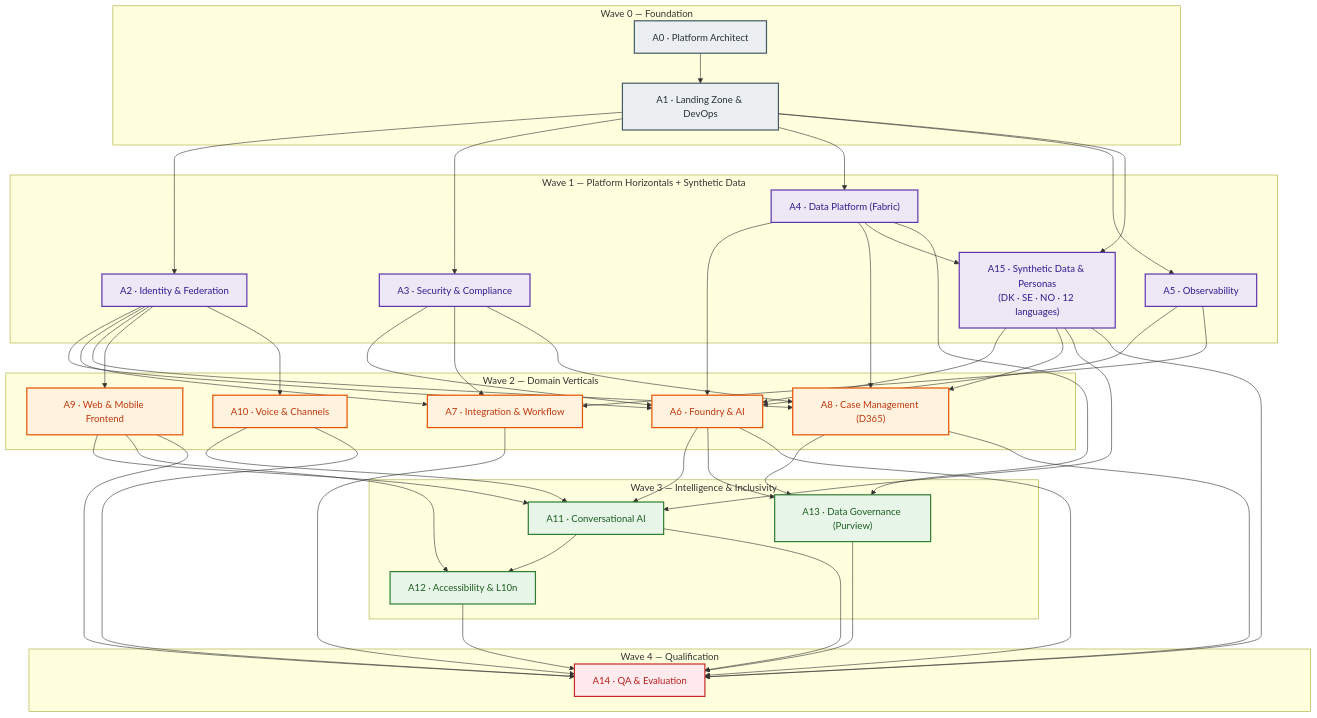
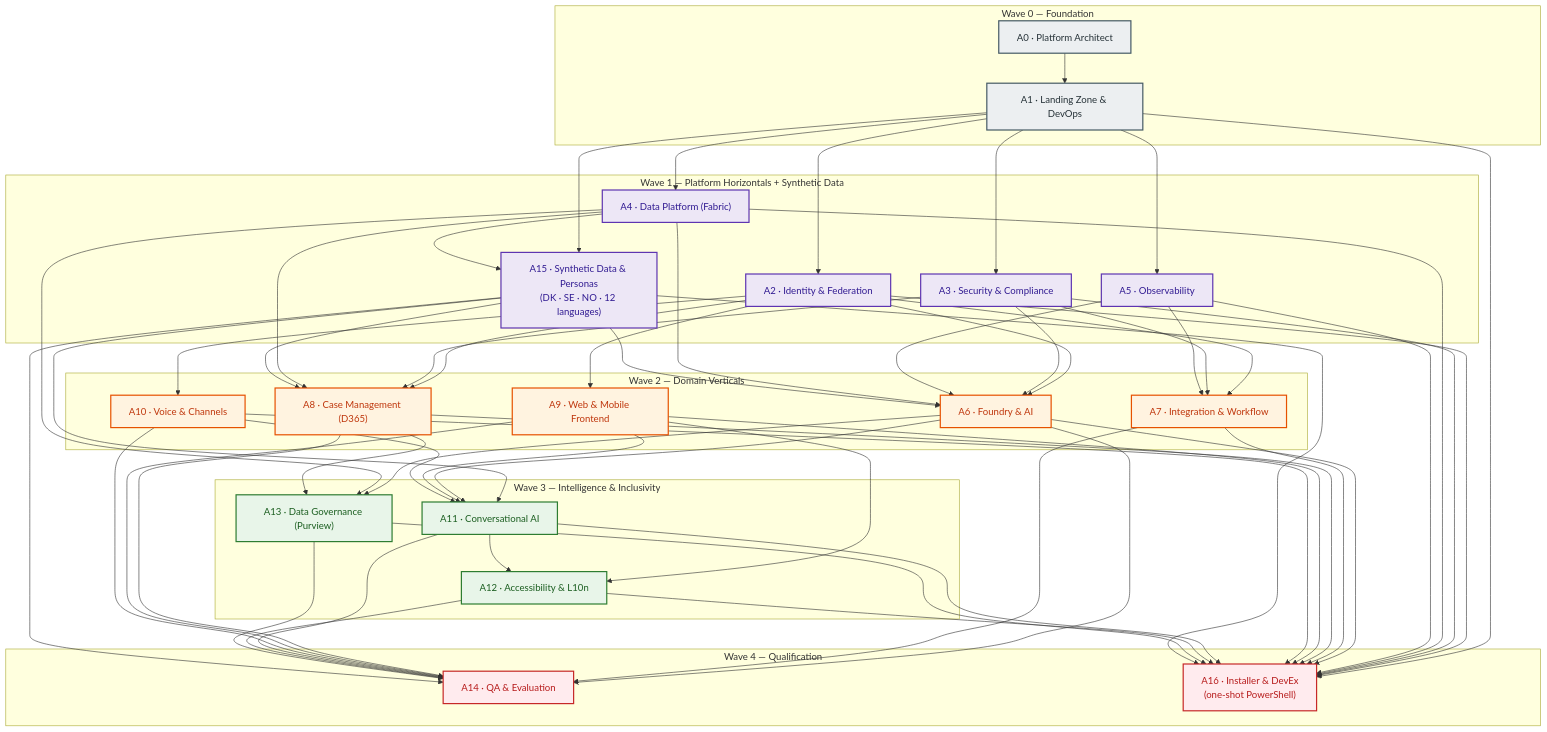
Before and after one commit to fredgis/UDCSP: the first of 5 diagrams in plan.md, drawn with Mermaid. The commit also changed other lines of this file and 2 other files, not shown here.

First line of the commit message:
Add A16 installer agent and tighten README diagrams

````diff
--- a/plan.md
+++ b/plan.md
@@ -106,6 +107,7 @@
 
     subgraph W4["Wave 4 — Qualification"]
         A14["A14 · QA & Evaluation"]
+        A16["A16 · Installer & DevEx<br/>(one-shot PowerShell)"]
     end
 
     A0 --> A1
@@ -151,6 +153,21 @@
     A13 --> A14
     A15 --> A14
 
+    A1 --> A16
+    A2 --> A16
+    A3 --> A16
+    A4 --> A16
+    A5 --> A16
+    A6 --> A16
+    A7 --> A16
+    A8 --> A16
+    A9 --> A16
+    A10 --> A16
+    A11 --> A16
+    A12 --> A16
+    A13 --> A16
+    A15 --> A16
+
     classDef w0 fill:#ECEFF1,stroke:#455A64,stroke-width:2px,color:#263238
     classDef w1 fill:#EDE7F6,stroke:#5E35B1,stroke-width:2px,color:#311B92
     classDef w2 fill:#FFF3E0,stroke:#E65100,stroke-width:2px,color:#BF360C
@@ -161,5 +178,5 @@
     class A2,A3,A4,A5,A15 w1
     class A6,A7,A8,A9,A10 w2
     class A11,A12,A13 w3
-    class A14 w4
+    class A14,A16 w4
 ```
````
